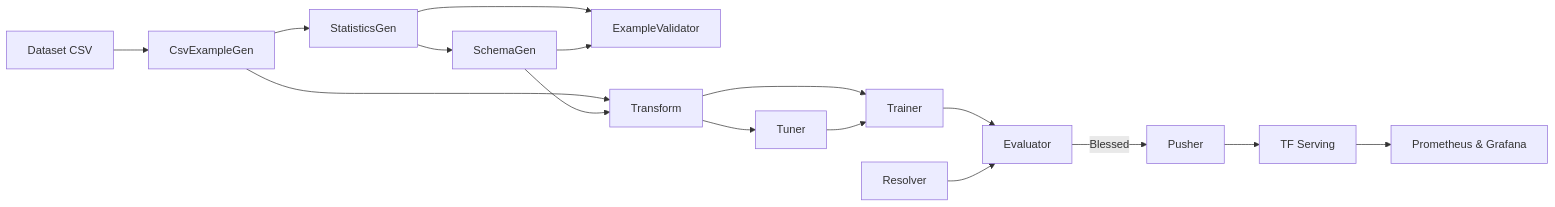
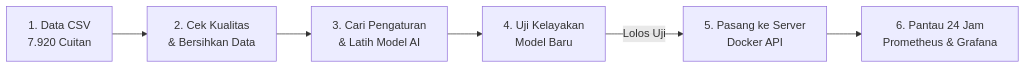
One commit to azharzuhro12/Proyek-AI-DS-Dicoding changed the diagram in proyek MLops/README.md. Above: the diagram before and after it, drawn with Mermaid. The commit also changed other lines of this file, not shown here.

````diff
--- a/proyek MLops/README.md
+++ b/proyek MLops/README.md
@@ -43,18 +51,14 @@
 ```mermaid
 flowchart LR
-    A[Dataset CSV] --> B[CsvExampleGen]
-    B --> C[StatisticsGen]
-    C --> D[SchemaGen]
-    C --> E[ExampleValidator]
-    D --> E
-    B --> F[Transform]
-    D --> F
-    F --> G[Tuner]
-    F --> H[Trainer]
-    G --> H
-    H --> I[Evaluator]
-    J[Resolver] --> I
-    I -->|Blessed| K[Pusher]
-    K --> L[TF Serving]
-    L --> M[Prometheus & Grafana]
+    A[1. Data CSV
+7.920 Cuitan] --> B[2. Cek Kualitas
+& Bersihkan Data]
+    B --> C[3. Cari Pengaturan
+& Latih Model AI]
+    C --> D[4. Uji Kelayakan
+Model Baru]
+    D -->|Lolos Uji| E[5. Pasang ke Server
+Docker API]
+    E --> F[6. Pantau 24 Jam
+Prometheus & Grafana]
 ```
````
